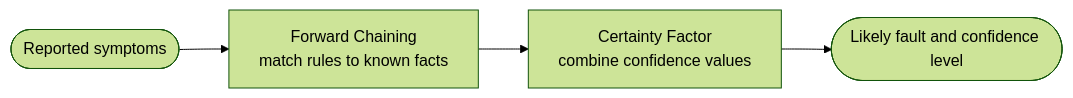
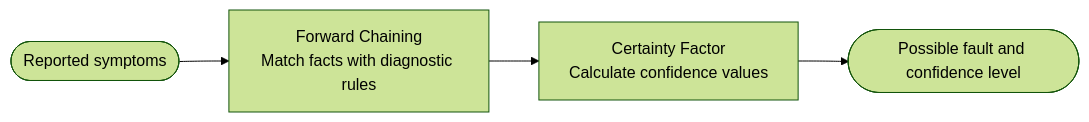
The first of 2 diagrams in README.md (GalangPutraMaulana19/GalangPutraMaulana19), drawn with Mermaid (forest theme) before and after one commit. The commit also changed other lines of this file, not shown here.

````diff
--- a/README.md
+++ b/README.md
@@ -84,6 +99,6 @@
 ```mermaid
 flowchart LR
-    A(["Reported symptoms"]) --> B["Forward Chaining<br/>match rules to known facts"]
-    B --> C["Certainty Factor<br/>combine confidence values"]
-    C --> D(["Likely fault and confidence level"])
+    A([Reported symptoms]) --> B[Forward Chaining<br/>Match facts with diagnostic rules]
+    B --> C[Certainty Factor<br/>Calculate confidence values]
+    C --> D([Possible fault and confidence level])
 ```
````
